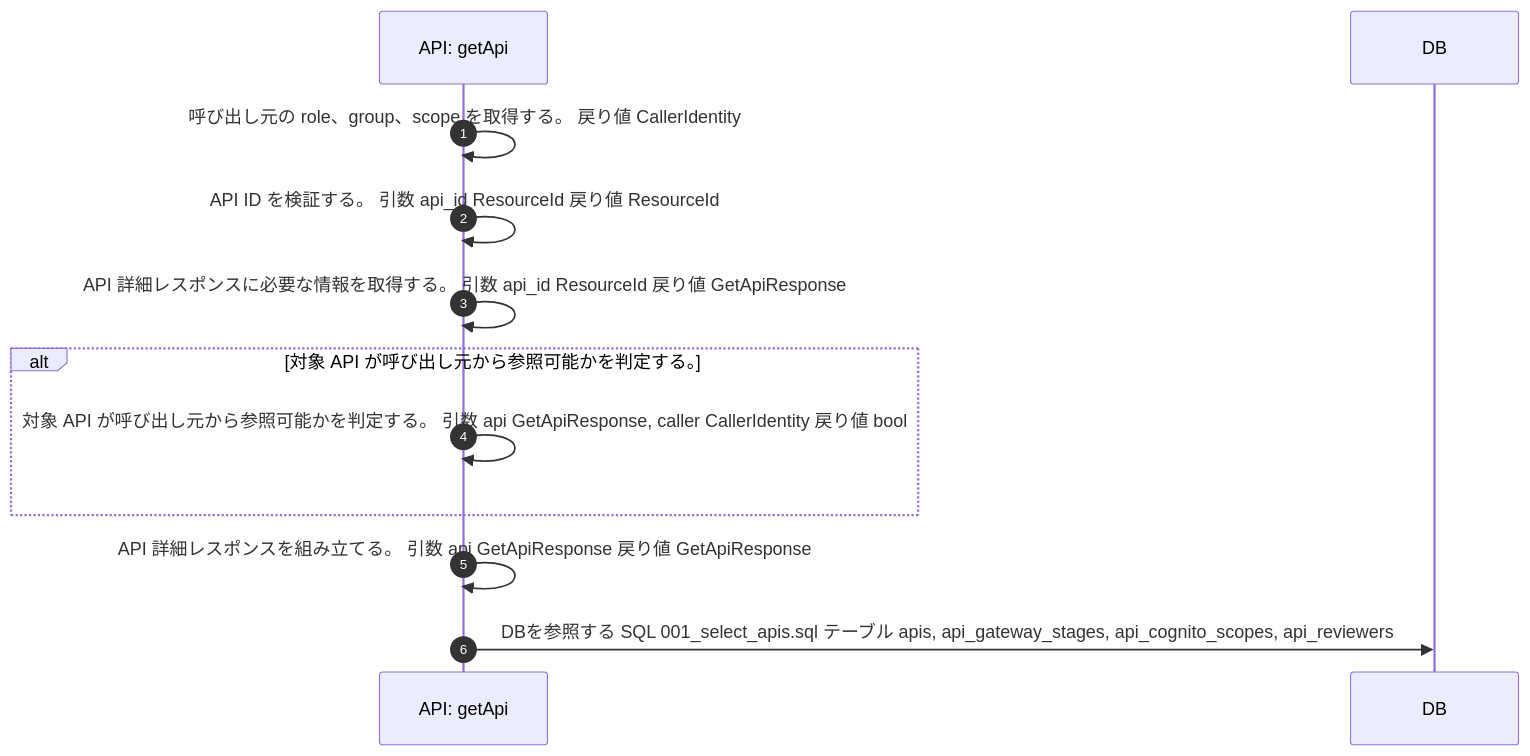
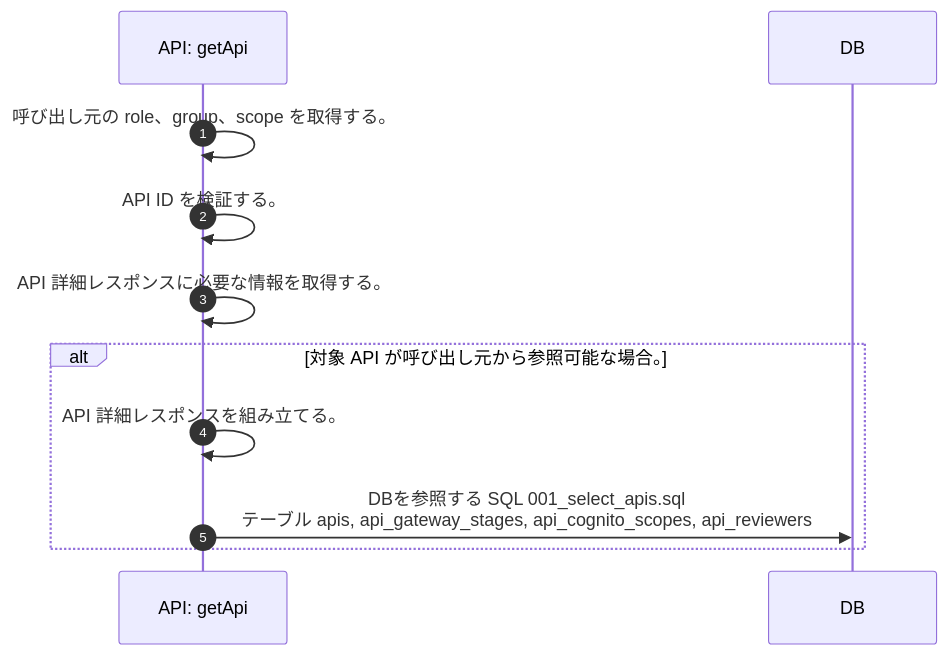
The diagram in docs/spec/40.apis/apis/get_api/sequence_gen.md (tsuji-tomonori/lazunex), drawn with Mermaid before and after one commit. The commit also changed 16 other files, not shown here.

First line of the commit message:
🐛 fix(api): sequence条件分岐の表示を修正

````diff
--- a/docs/spec/40.apis/apis/get_api/sequence_gen.md
+++ b/docs/spec/40.apis/apis/get_api/sequence_gen.md
@@ -5,14 +5,13 @@
 ```mermaid
 sequenceDiagram
   autonumber
   participant API as API: getApi
   participant DB as DB
-  API->>API: 呼び出し元の role、group、scope を取得する。 戻り値 CallerIdentity
-  API->>API: API ID を検証する。 引数 api_id ResourceId 戻り値 ResourceId
-  API->>API: API 詳細レスポンスに必要な情報を取得する。 引数 api_id ResourceId 戻り値 GetApiResponse
-  alt 対象 API が呼び出し元から参照可能かを判定する。
-    API->>API: 対象 API が呼び出し元から参照可能かを判定する。 引数 api GetApiResponse, caller CallerIdentity 戻り値 bool
+  API->>API: 呼び出し元の role、group、scope を取得する。
+  API->>API: API ID を検証する。
+  API->>API: API 詳細レスポンスに必要な情報を取得する。
+  alt 対象 API が呼び出し元から参照可能な場合。
+    API->>API: API 詳細レスポンスを組み立てる。
+    API->>DB: DBを参照する SQL 001_select_apis.sql<br/>テーブル apis, api_gateway_stages, api_cognito_scopes, api_reviewers
   end
-  API->>API: API 詳細レスポンスを組み立てる。 引数 api GetApiResponse 戻り値 GetApiResponse
-  API->>DB: DBを参照する SQL 001_select_apis.sql テーブル apis, api_gateway_stages, api_cognito_scopes, api_reviewers
 ```
````
